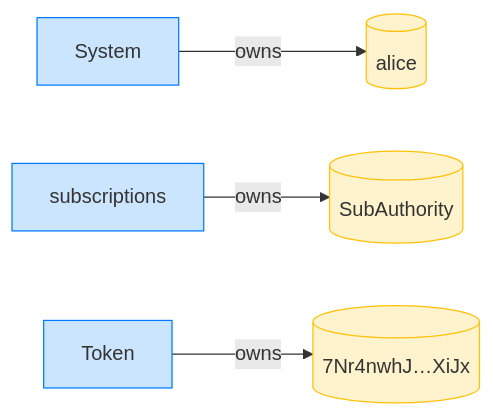
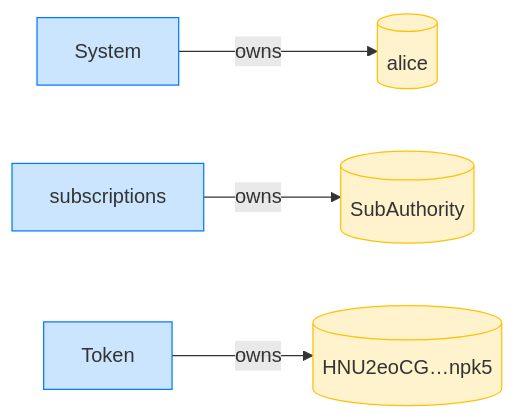
The fourth of 12 diagrams in dsl_tests/recurring-delegation-rejects-a-different-mint-transfer.md (cds-rs/subscriptions), drawn with Mermaid before and after one commit. The commit also changed other lines of this file and 224 other files, not shown here.

````diff
--- a/dsl_tests/recurring-delegation-rejects-a-different-mint-transfer.md
+++ b/dsl_tests/recurring-delegation-rejects-a-different-mint-transfer.md
@@ -73,14 +78,14 @@
 ```mermaid
 flowchart LR
     classDef owner fill:#cce5ff,stroke:#007bff;
     classDef account fill:#fff3cd,stroke:#ffc107;
     System[System]:::owner
     alice[(alice)]:::account
     subscriptions[subscriptions]:::owner
     SubAuthority[(SubAuthority)]:::account
     Token[Token]:::owner
-    7Nr4nwhJ_XiJx[("7Nr4nwhJ…XiJx")]:::account
+    HNU2eoCG_npk5[("HNU2eoCG…npk5")]:::account
     System -->|owns| alice
     subscriptions -->|owns| SubAuthority
-    Token -->|owns| 7Nr4nwhJ_XiJx
+    Token -->|owns| HNU2eoCG_npk5
 ```
````
